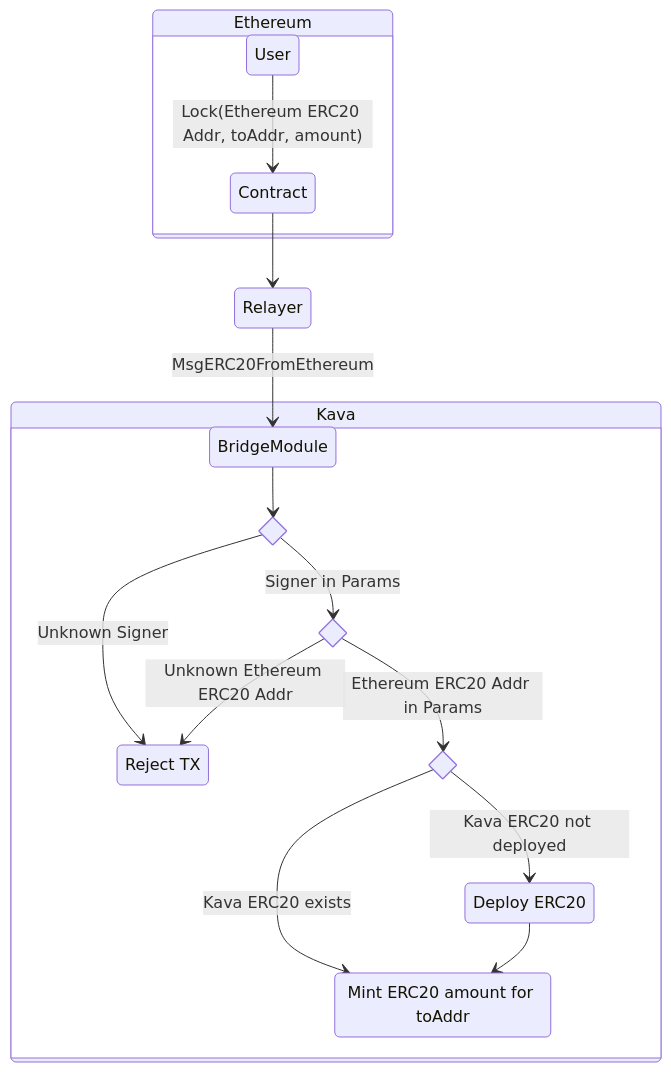
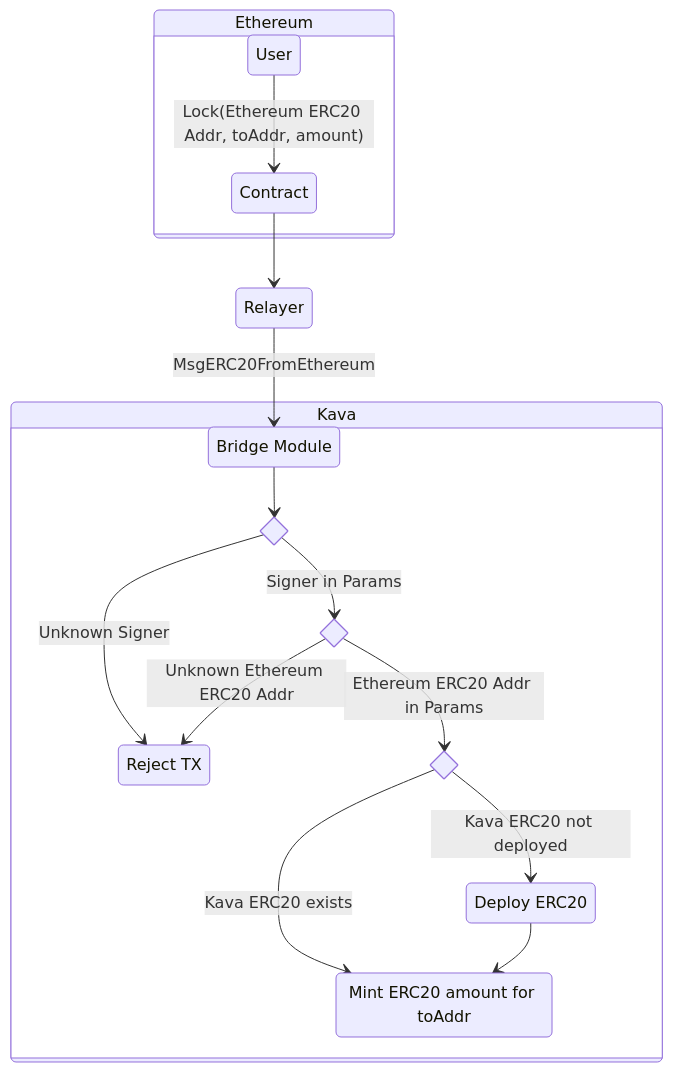
One commit to Kava-Labs/kava-bridge changed the diagram in x/bridge/spec/01_concepts.md. Above: the diagram before and after it, drawn with Mermaid. The commit also changed other lines of this file, not shown here.

````diff
--- a/x/bridge/spec/01_concepts.md
+++ b/x/bridge/spec/01_concepts.md
@@ -21,30 +40,31 @@
 ```mermaid
 stateDiagram-v2
     state Ethereum {
         User --> Contract: Lock(Ethereum ERC20 Addr, toAddr, amount)
     }
     
     Contract --> Relayer
     Relayer --> BridgeModule: MsgERC20FromEthereum
 
     state Kava {
         Reject: Reject TX
+        BridgeModule: Bridge Module
 
         state if_has_permission <<choice>>
         state if_erc20_deployed <<choice>>
         state if_erc20_whitelisted <<choice>>
 
         BridgeModule --> if_has_permission
         if_has_permission --> Reject: Unknown Signer
         if_has_permission --> if_erc20_whitelisted: Signer in Params
 
         if_erc20_whitelisted --> Reject: Unknown Ethereum ERC20 Addr
         if_erc20_whitelisted --> if_erc20_deployed: Ethereum ERC20 Addr in Params
 
         DeployERC20: Deploy ERC20
         MintERC20: Mint ERC20 amount for toAddr
         if_erc20_deployed --> DeployERC20: Kava ERC20 not deployed
         if_erc20_deployed --> MintERC20: Kava ERC20 exists
         DeployERC20 --> MintERC20
     }
 ```
````
